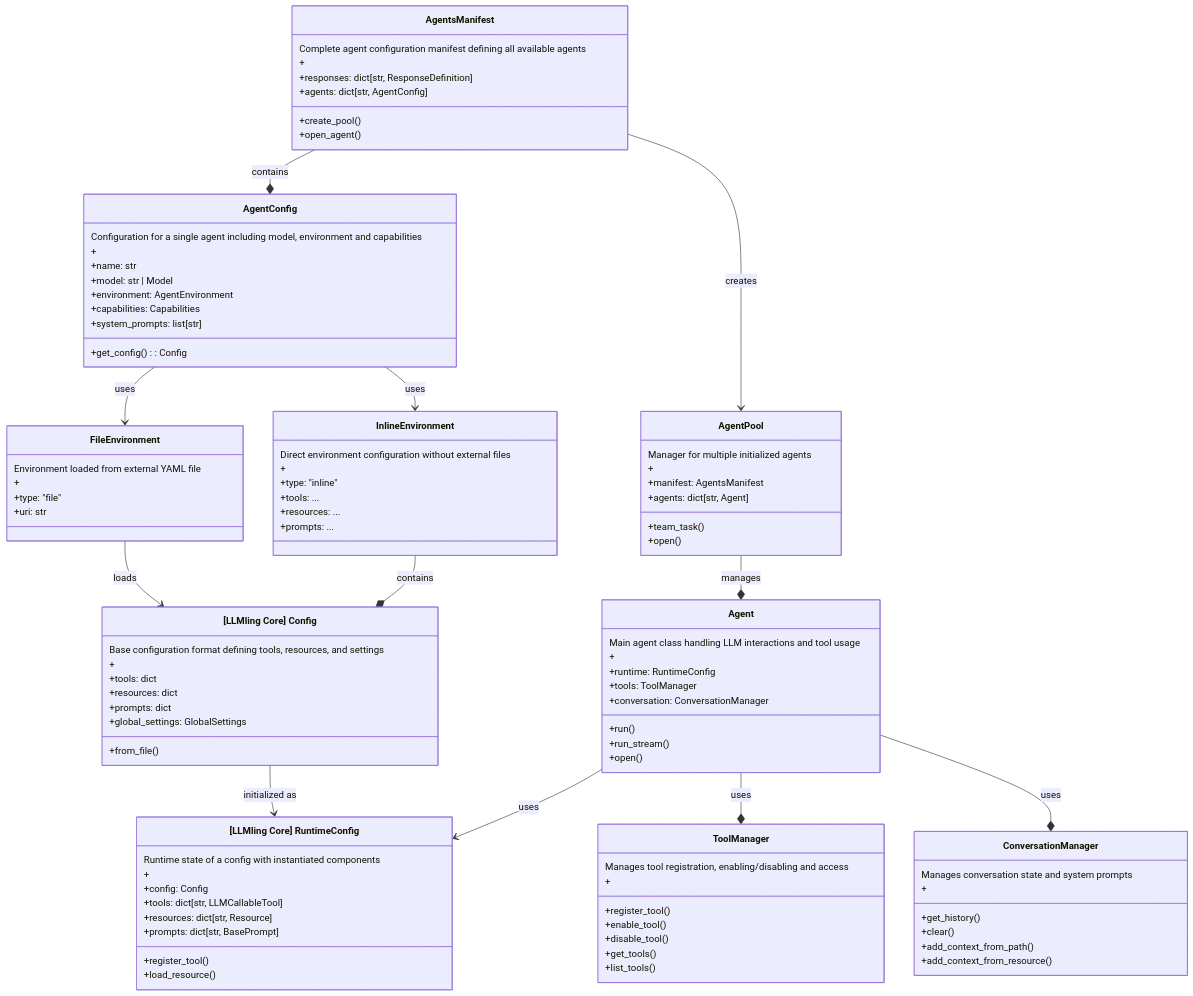
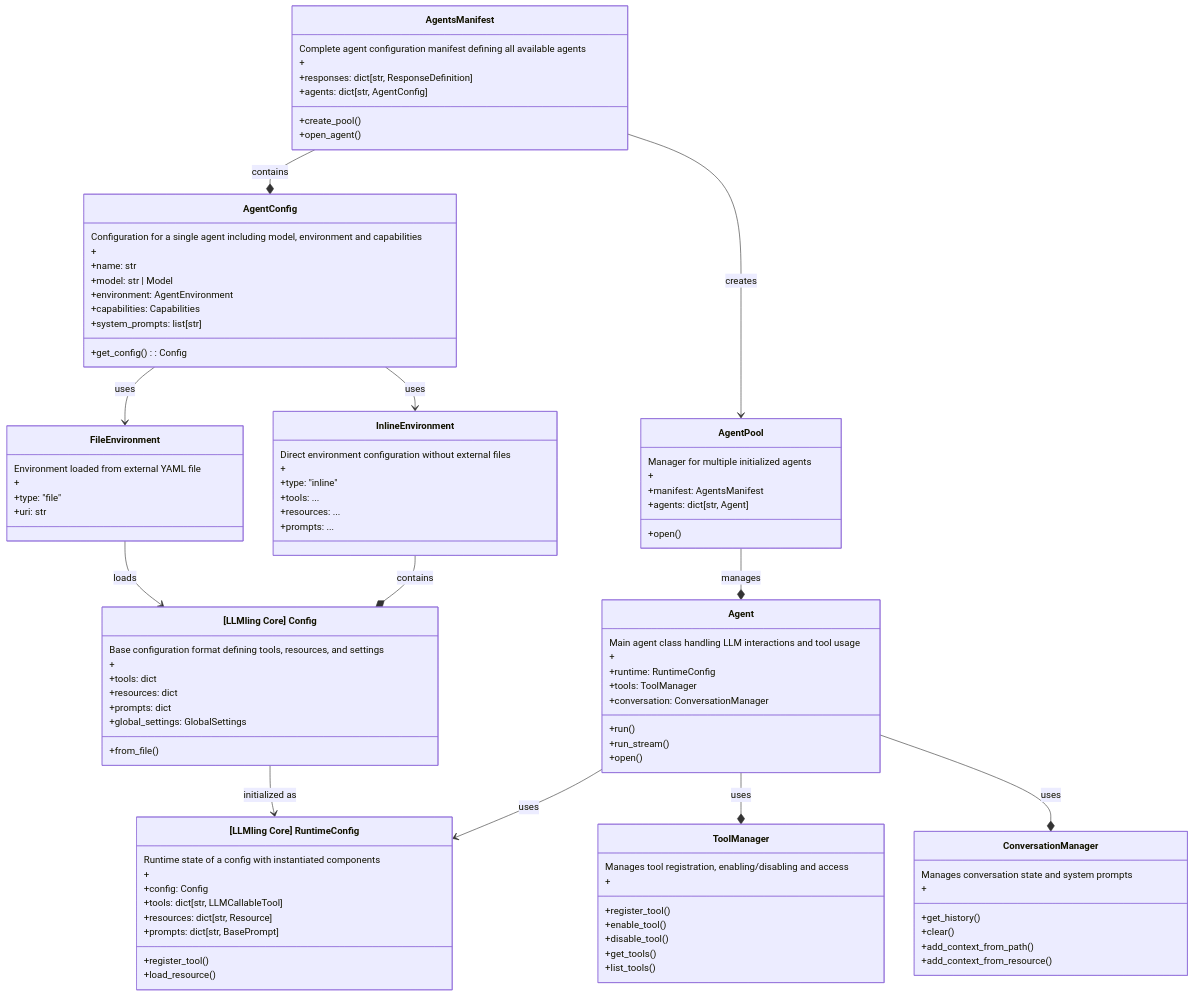
One commit to uk0/llmling-agent changed the diagram in README.md. Above: the diagram before and after it, drawn with Mermaid. The commit also changed other lines of this file and 3 other files, not shown here.

```diff
--- a/README.md
+++ b/README.md
@@ -417,7 +414,6 @@
         +
         +manifest: AgentsManifest
         +agents: dict[str, Agent]
-        +team_task()
         +open()
     }
 
```
